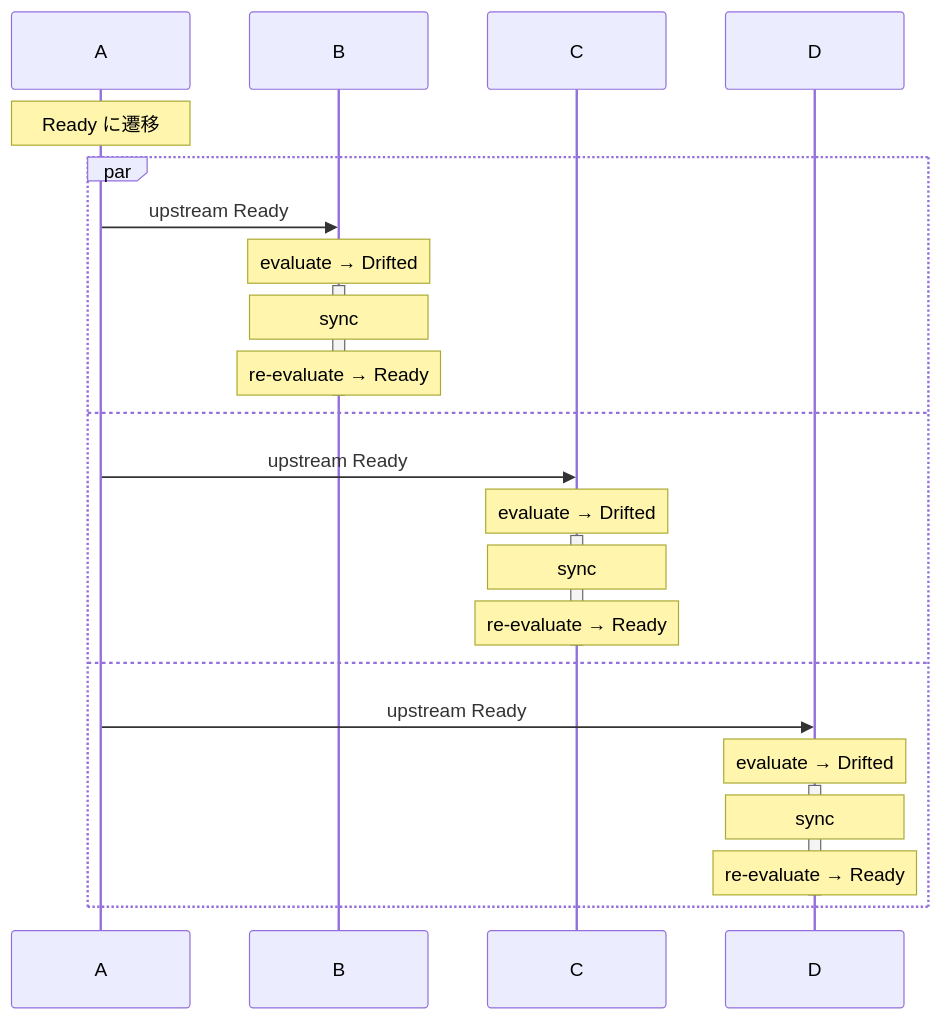
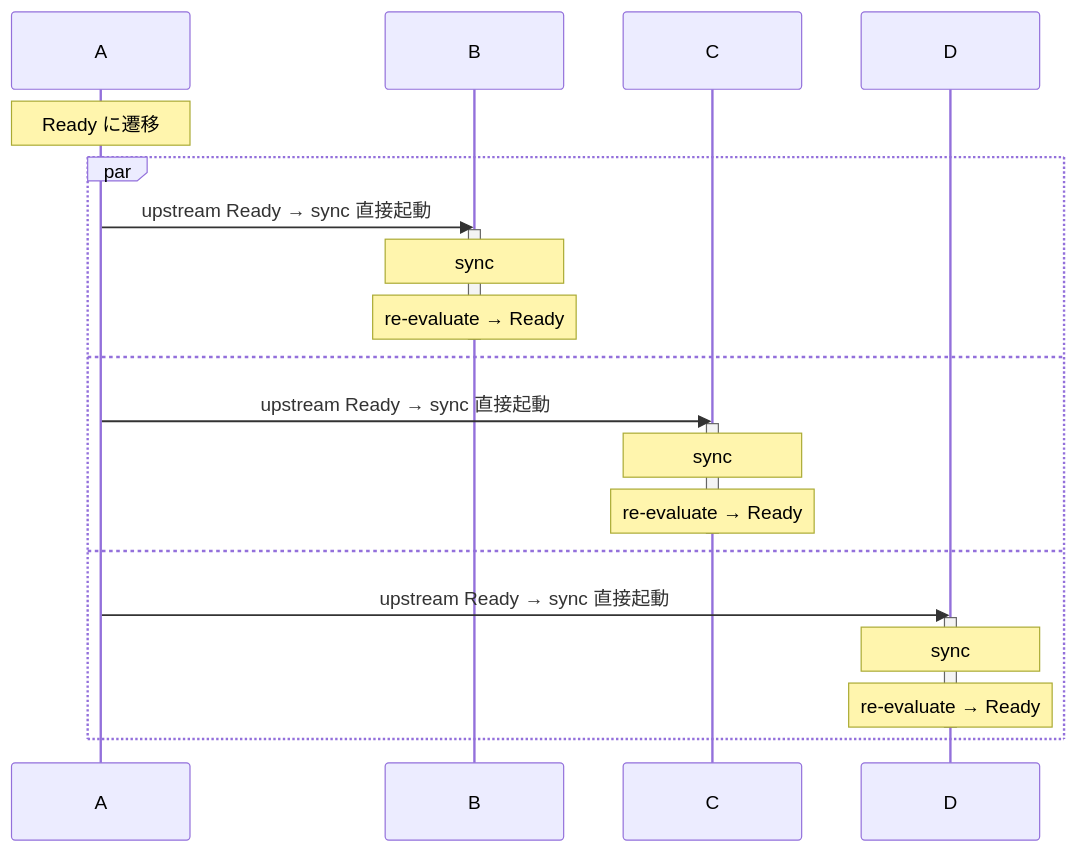
Before and after one commit to nagi-project/nagi: the seventh of 13 diagrams in docs/architecture/serve-scenarios.md, drawn with Mermaid. The commit also changed other lines of this file and 19 other files, not shown here.

First line of the commit message:
feat: add evaluate/sync concurrency limits per Controller

````diff
--- a/docs/architecture/serve-scenarios.md
+++ b/docs/architecture/serve-scenarios.md
@@ -125,32 +131,29 @@
 ```mermaid
 sequenceDiagram
     participant A
     participant B
     participant C
     participant D
 
     Note over A: Ready に遷移
 
     par
-        A->>B: upstream Ready
-        Note over B: evaluate → Drifted
+        A->>B: upstream Ready → sync 直接起動
         activate B
         Note over B: sync
         Note over B: re-evaluate → Ready
         deactivate B
     and
-        A->>C: upstream Ready
-        Note over C: evaluate → Drifted
+        A->>C: upstream Ready → sync 直接起動
         activate C
         Note over C: sync
         Note over C: re-evaluate → Ready
         deactivate C
     and
-        A->>D: upstream Ready
-        Note over D: evaluate → Drifted
+        A->>D: upstream Ready → sync 直接起動
         activate D
         Note over D: sync
         Note over D: re-evaluate → Ready
         deactivate D
     end
 ```
````
